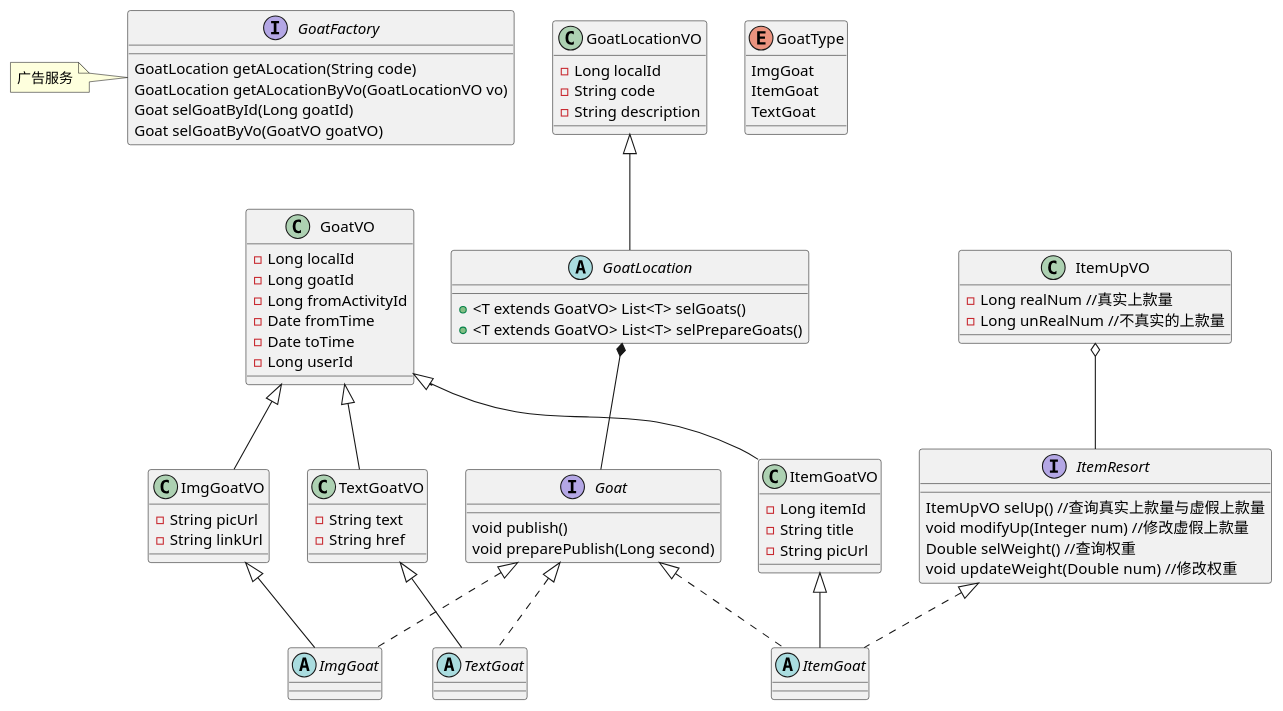
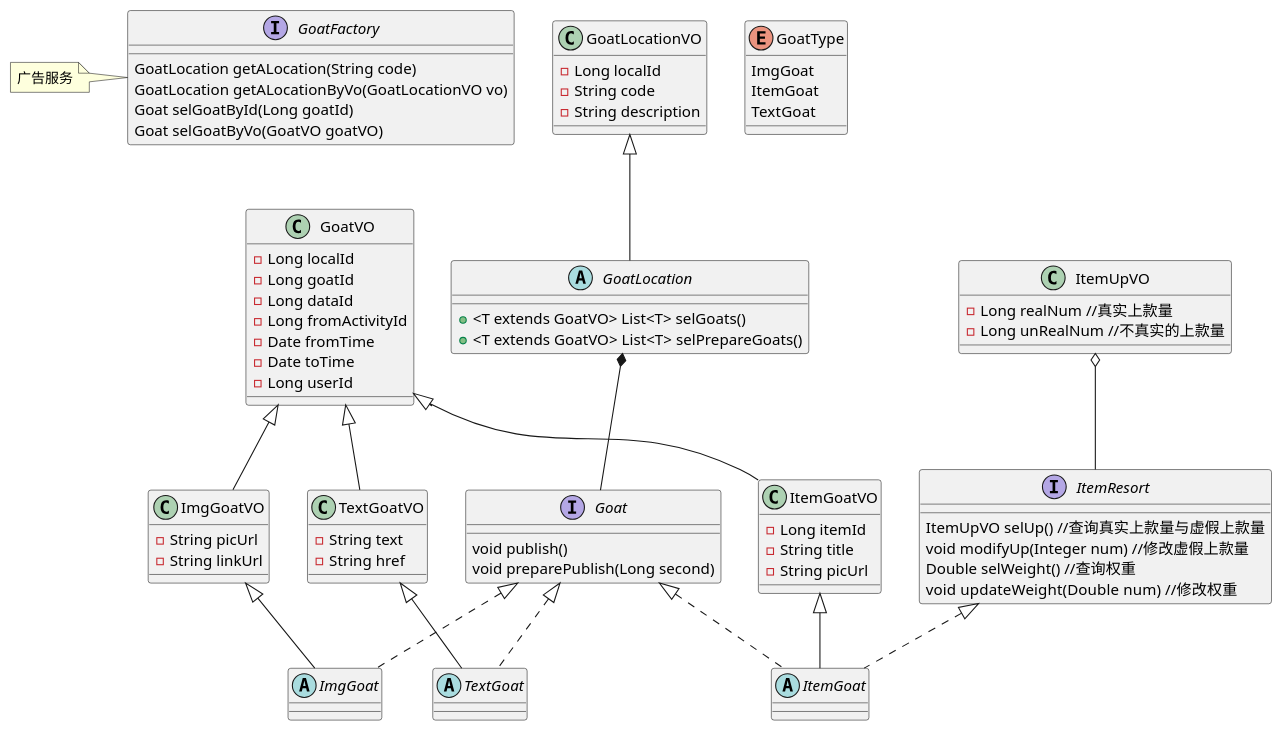
One commit to pogy/main-pom changed the diagram in main4-spread/main4-spread-api/src/main/resources/goat_class.puml. Above: the diagram before and after it, drawn with PlantUML. The commit also changed 9 other files, not shown here.

```diff
--- a/main4-spread/main4-spread-api/src/main/resources/goat_class.puml
+++ b/main4-spread/main4-spread-api/src/main/resources/goat_class.puml
@@ -1,108 +1,109 @@
 @startuml
 
 class GoatLocationVO{
 -Long localId
 -String code
 -String description
 }
 
 abstract class GoatLocation{
 +<T extends GoatVO> List<T> selGoats()
 +<T extends GoatVO> List<T> selPrepareGoats()
 }
 
 interface Goat{
 
 void publish()
 void preparePublish(Long second)
 }
 
 enum GoatType{
 ImgGoat
 ItemGoat
 TextGoat
 }
 
 class GoatVO{
 -Long localId
 -Long goatId
+-Long dataId
 -Long fromActivityId
 -Date fromTime
 -Date toTime
 -Long userId
 }
 
 class ImgGoatVO{
 -String picUrl
 -String linkUrl
 }
 
 class TextGoatVO{
 -String text
 -String href
 }
 
 class ItemUpVO{
 -Long realNum //真实上款量
 -Long unRealNum //不真实的上款量
 }
 
 class ItemGoatVO{
 -Long itemId
 -String title
 -String picUrl
 }
 
 abstract class ImgGoat{
 
 }
 
 abstract class ItemGoat{
 
 }
 
 abstract class TextGoat{
 
 }
 
 interface ItemResort{
 ItemUpVO selUp() //查询真实上款量与虚假上款量
 void modifyUp(Integer num) //修改虚假上款量
 Double selWeight() //查询权重
 void updateWeight(Double num)  //修改权重
 }
 
 GoatLocationVO <|-- GoatLocation
 
 GoatLocation *-- Goat
 
 Goat <|.. ImgGoat
 
 Goat <|.. ItemGoat
 
 Goat <|.. TextGoat
 
 GoatVO <|-- ImgGoatVO
 GoatVO <|-- ItemGoatVO
 GoatVO <|-- TextGoatVO
 
 ImgGoatVO <|-- ImgGoat
 
 ItemGoatVO <|-- ItemGoat
 
 TextGoatVO <|-- TextGoat
 
 ItemResort <|.. ItemGoat
 
 ItemUpVO o-- ItemResort
 
 interface GoatFactory{
 GoatLocation getALocation(String code)
 GoatLocation getALocationByVo(GoatLocationVO vo)
 Goat selGoatById(Long goatId)
 Goat selGoatByVo(GoatVO goatVO)
 }
 
 note left of GoatFactory:广告服务
 
 @enduml
```
